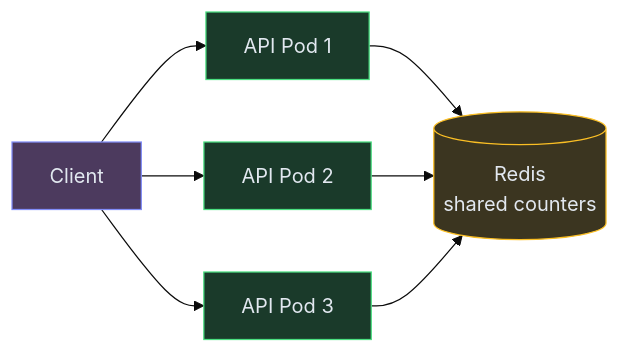
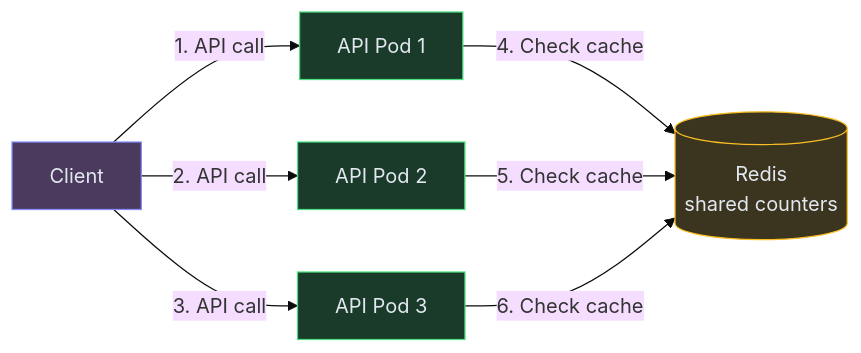
Before and after one commit to iluzn/HLD-Designs: the third of 15 diagrams in content/hld/RateLimiter.md, drawn with Mermaid (base theme). The commit also changed other lines of this file and 27 other files, not shown here.

````diff
--- a/content/hld/RateLimiter.md
+++ b/content/hld/RateLimiter.md
@@ -141,19 +141,19 @@
 ```mermaid
 flowchart LR
     CLIENT["Client"]:::client
     POD1["API Pod 1"]:::service
     POD2["API Pod 2"]:::service
     POD3["API Pod 3"]:::service
     REDIS[("Redis<br/>shared counters")]:::data
 
-    CLIENT --> POD1
-    CLIENT --> POD2
-    CLIENT --> POD3
-    POD1 --> REDIS
-    POD2 --> REDIS
-    POD3 --> REDIS
+    CLIENT -->|"1. API call"| POD1
+    CLIENT -->|"2. API call"| POD2
+    CLIENT -->|"3. API call"| POD3
+    POD1 -->|"4. Check cache"| REDIS
+    POD2 -->|"5. Check cache"| REDIS
+    POD3 -->|"6. Check cache"| REDIS
 
     classDef client fill:#4c3a5e,stroke:#818cf8,color:#e2e8f0
     classDef service fill:#1a3a2a,stroke:#4ade80,color:#e2e8f0
     classDef data fill:#3b3520,stroke:#fbbf24,color:#e2e8f0
 ```
````
